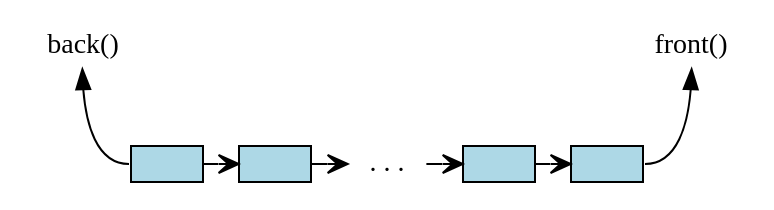
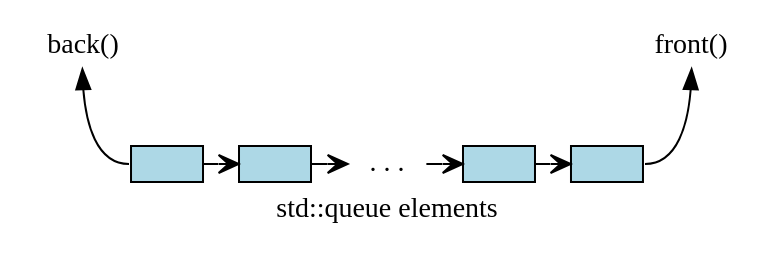
The ninth of 10 diagrams in _sources/containers/sequence-containers.rst (DaveParillo/intermediate-cpp), drawn with Graphviz before and after one commit. The commit also changed other lines of this file, not shown here.

Commit message:
refactored diagrams, added footnotes

```diff
--- a/_sources/containers/sequence-containers.rst
+++ b/_sources/containers/sequence-containers.rst
@@ -677,23 +740,28 @@
 .. graphviz::
+   :alt: std::queue elements
 
    digraph g {
+       graph [
+          labelloc=b;
+          label="std::queue elements";
+       ];
        node [fontname = "Bitstream Vera Sans", fontsize=14,
              style=filled, fillcolor=lightblue,
              shape=box, width=0.5, height=.25, label=""];
 
        a,b,d,e;
        node [style=none];
        c [label=". . .", color=white];
 
        back [shape=none, label="back()"];
        front [shape=none, label="front()"];
 
        a -> b -> c -> d -> e [ arrowhead=vee];
        back -> a:w [dir=back];
        e:e -> front;
 
        node [style=invis] x,y;
        x -> a [style=invis];
        y -> e [style=invis];
        {rank=sink; a b c d e}
    }
```
